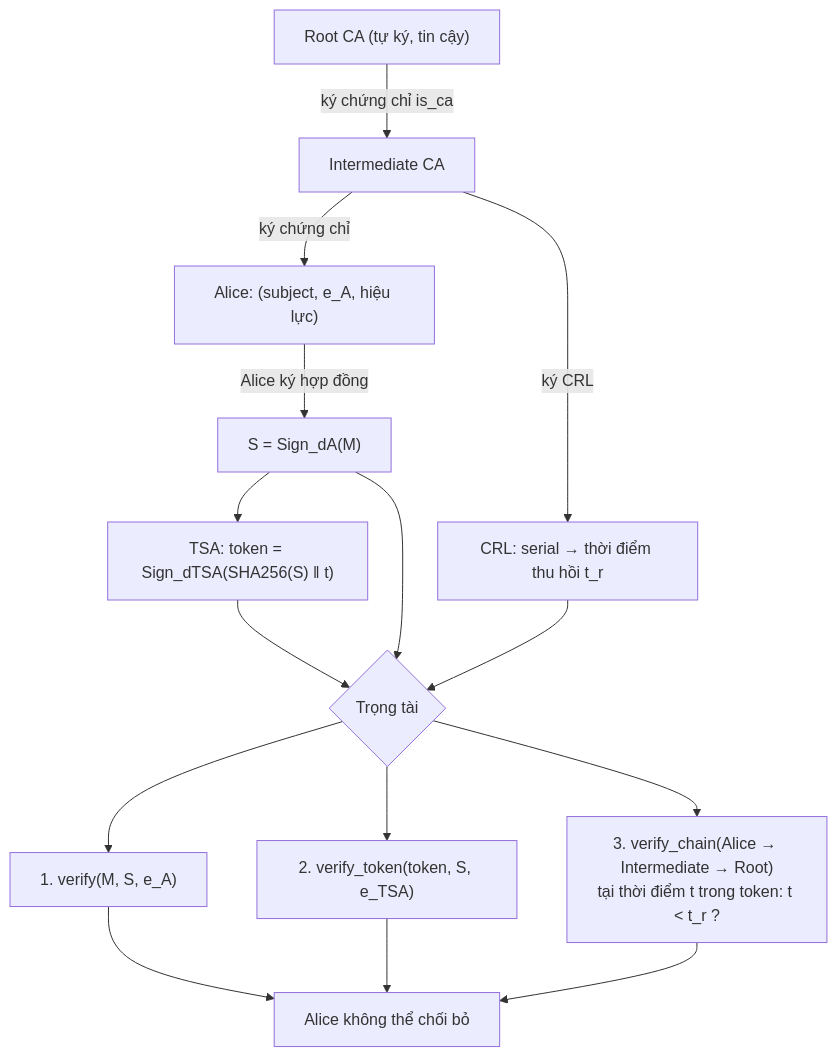
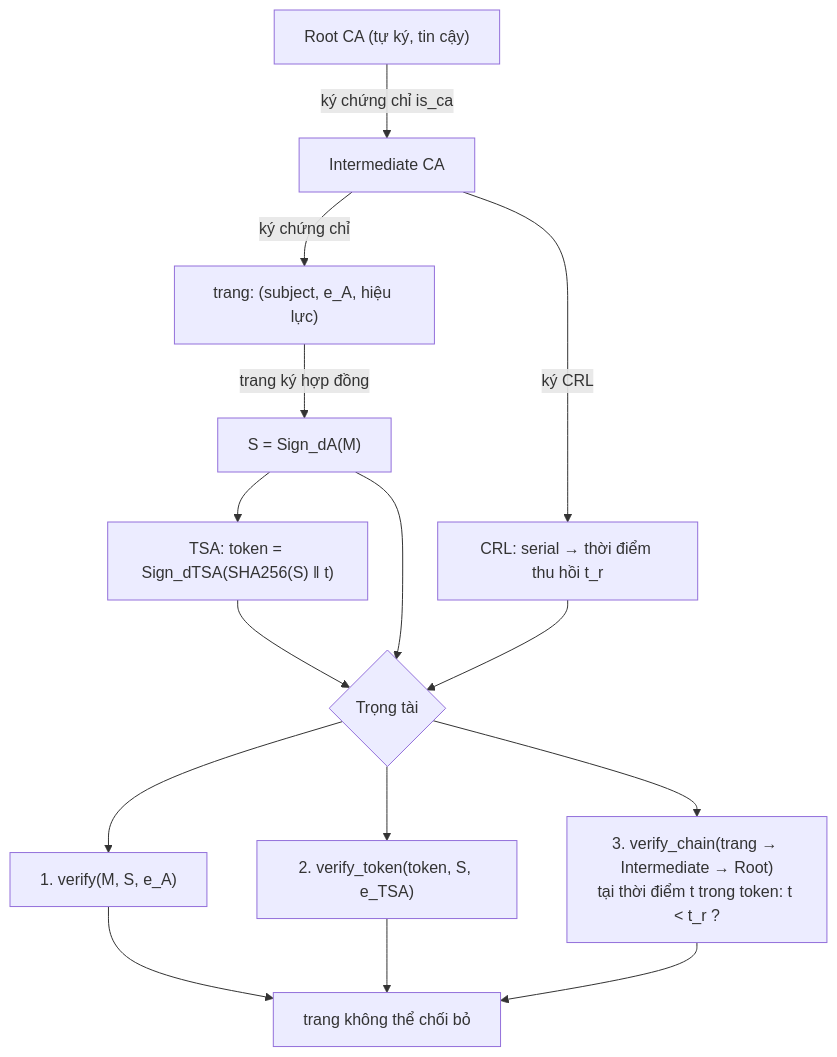
One commit to Ragnarok-84/RSA_2 changed the diagram in docs/diagrams/pki.md. Above: the diagram before and after it, drawn with Mermaid. The commit also changed 85 other files, not shown here.

````diff
--- a/docs/diagrams/pki.md
+++ b/docs/diagrams/pki.md
@@ -3,15 +3,15 @@
 ```mermaid
 flowchart TD
     R["Root CA (tự ký, tin cậy)"] -- "ký chứng chỉ is_ca" --> I["Intermediate CA"]
-    I -- "ký chứng chỉ" --> A["Alice: (subject, e_A, hiệu lực)"]
+    I -- "ký chứng chỉ" --> A["trang: (subject, e_A, hiệu lực)"]
     I -- "ký CRL" --> CRL["CRL: serial → thời điểm thu hồi t_r"]
-    A -- "Alice ký hợp đồng" --> S["S = Sign_dA(M)"]
+    A -- "trang ký hợp đồng" --> S["S = Sign_dA(M)"]
     S --> T["TSA: token = Sign_dTSA(SHA256(S) ‖ t)"]
     T --> J{"Trọng tài"}
     S --> J
     CRL --> J
     J --> J1["1. verify(M, S, e_A)"]
     J --> J2["2. verify_token(token, S, e_TSA)"]
-    J --> J3["3. verify_chain(Alice → Intermediate → Root)<br/>tại thời điểm t trong token: t &lt; t_r ?"]
-    J1 & J2 & J3 --> K["Alice không thể chối bỏ"]
+    J --> J3["3. verify_chain(trang → Intermediate → Root)<br/>tại thời điểm t trong token: t &lt; t_r ?"]
+    J1 & J2 & J3 --> K["trang không thể chối bỏ"]
 ```
````
